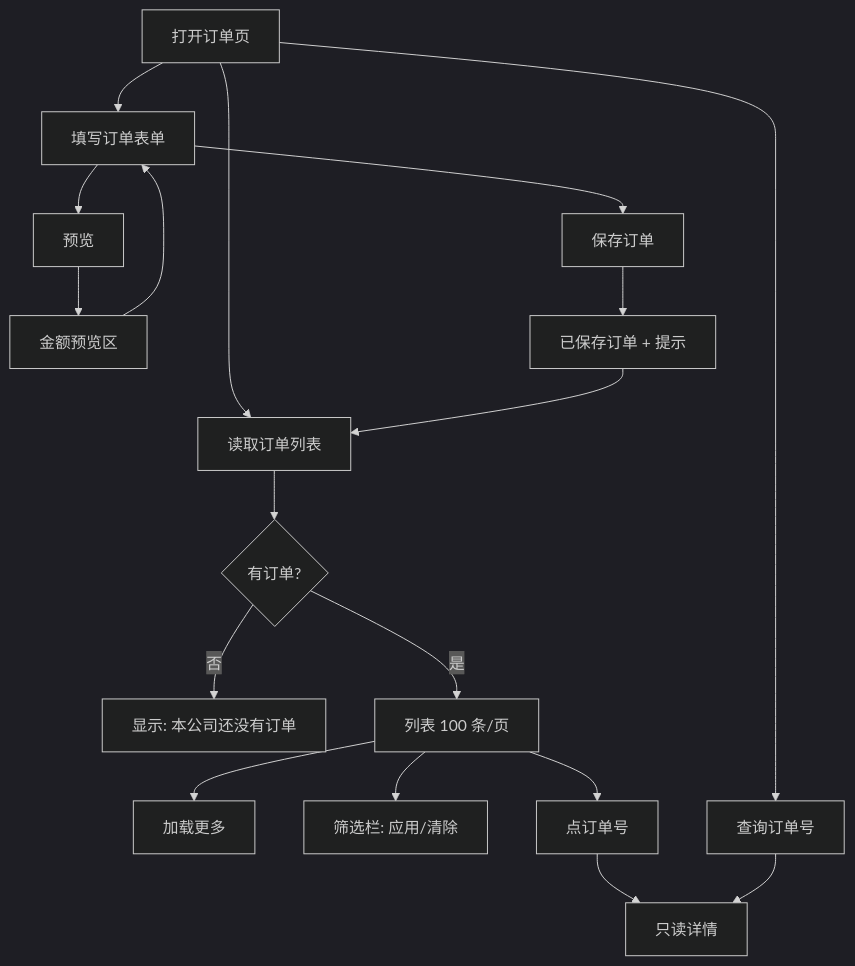
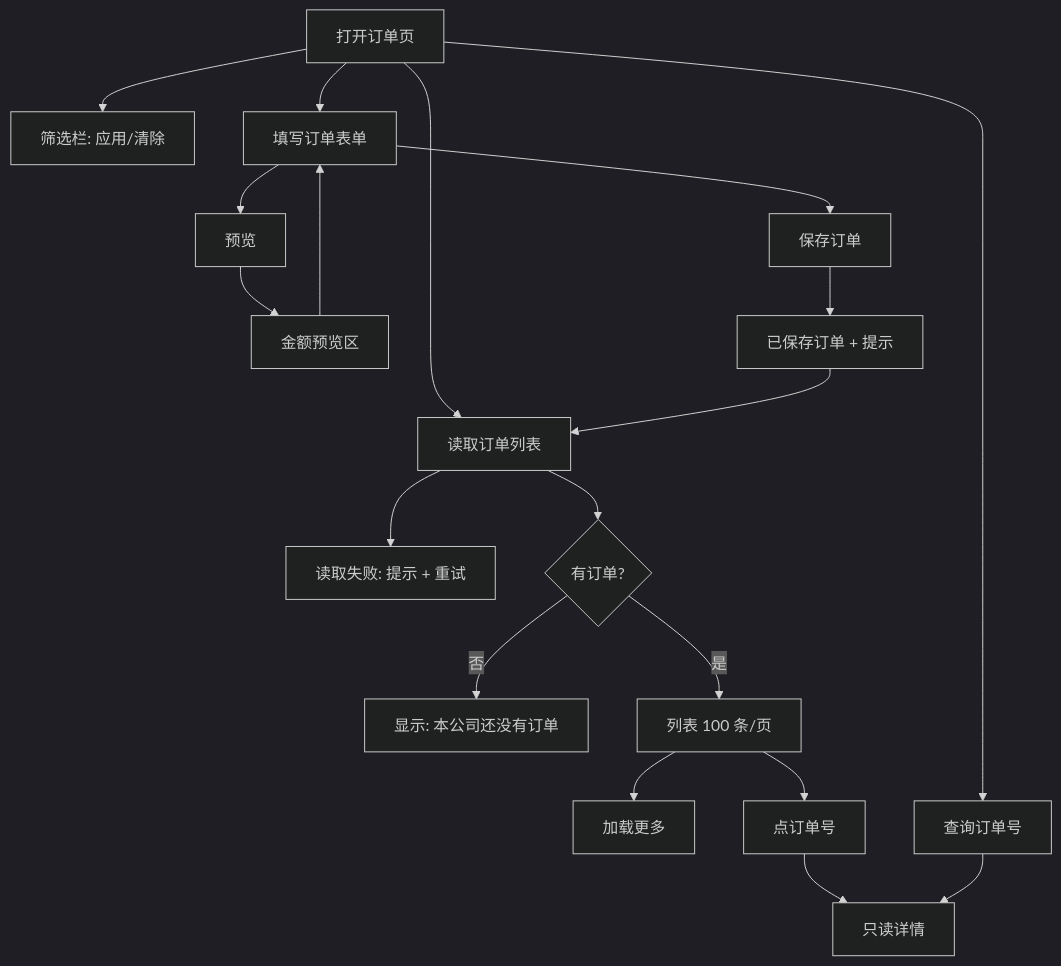
Before and after one commit to lingshf/ai-native-erp: the first of 4 diagrams in docs/flows/trade-order-flow.md, drawn with Mermaid (dark theme). The commit also changed other lines of this file and 2 other files, not shown here.

Commit message:
docs: v0.7.0 RC 评审修订（计数口径、#161 验收、流程图分支、PowerShell 升级示例）

````diff
--- a/docs/flows/trade-order-flow.md
+++ b/docs/flows/trade-order-flow.md
@@ -7,20 +7,21 @@
 ```mermaid
 flowchart TD
   A[打开订单页] --> B[读取订单列表]
+  B --> R[读取失败: 提示 + 重试]
   B --> C{有订单?}
   C -- 否 --> D[显示: 本公司还没有订单]
   C -- 是 --> E[列表 100 条/页]
   E --> F[加载更多]
-  E --> P[筛选栏: 应用/清除]
+  A --> P[筛选栏: 应用/清除]
   A --> G[填写订单表单]
   G --> H[预览]
   H --> I[金额预览区]
   I --> G
   G --> J[保存订单]
   J --> K[已保存订单 + 提示]
   K --> B
   E --> L[点订单号]
   L --> M[只读详情]
   A --> N[查询订单号]
   N --> M
 ```
````
